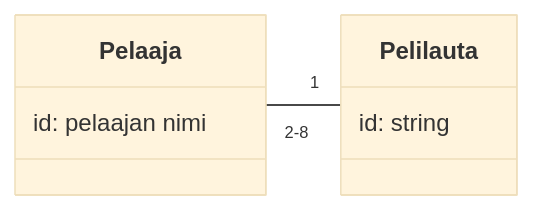
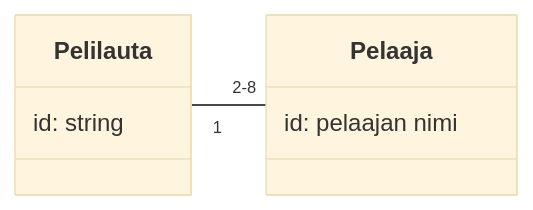
One commit to brotholi/ot-harjoitustyo changed the diagram in laskarit/viikko3/monopoli.md. Above: the diagram before and after it, drawn with Mermaid (base theme).

````diff
--- a/laskarit/viikko3/monopoli.md
+++ b/laskarit/viikko3/monopoli.md
@@ -1,17 +1,17 @@
 ```mermaid
  classDiagram
-    direction RL
+    direction LR
+    
+    
+    class Pelaaja {
+        id: pelaajan nimi
+    }
 
     class Pelilauta {
      id: string   
-    }
-
-
-    class Pelaaja {
-        id: pelaajan nimi
     }
 
     Pelilauta "1" -- "2-8" Pelaaja
 
 
 ```
````
